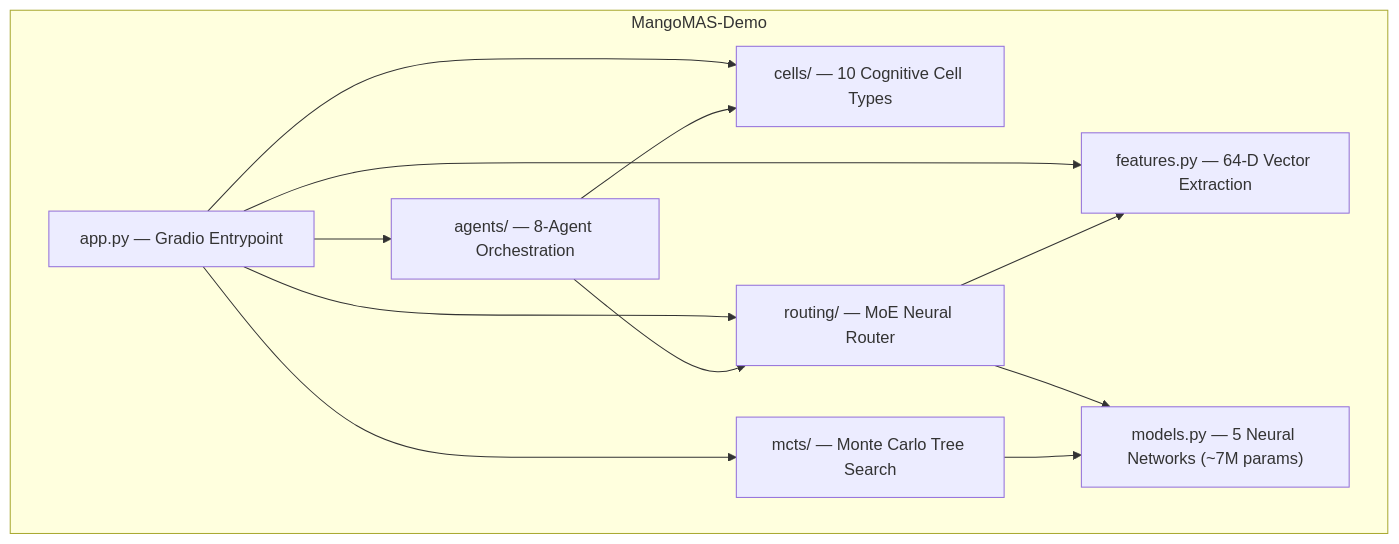
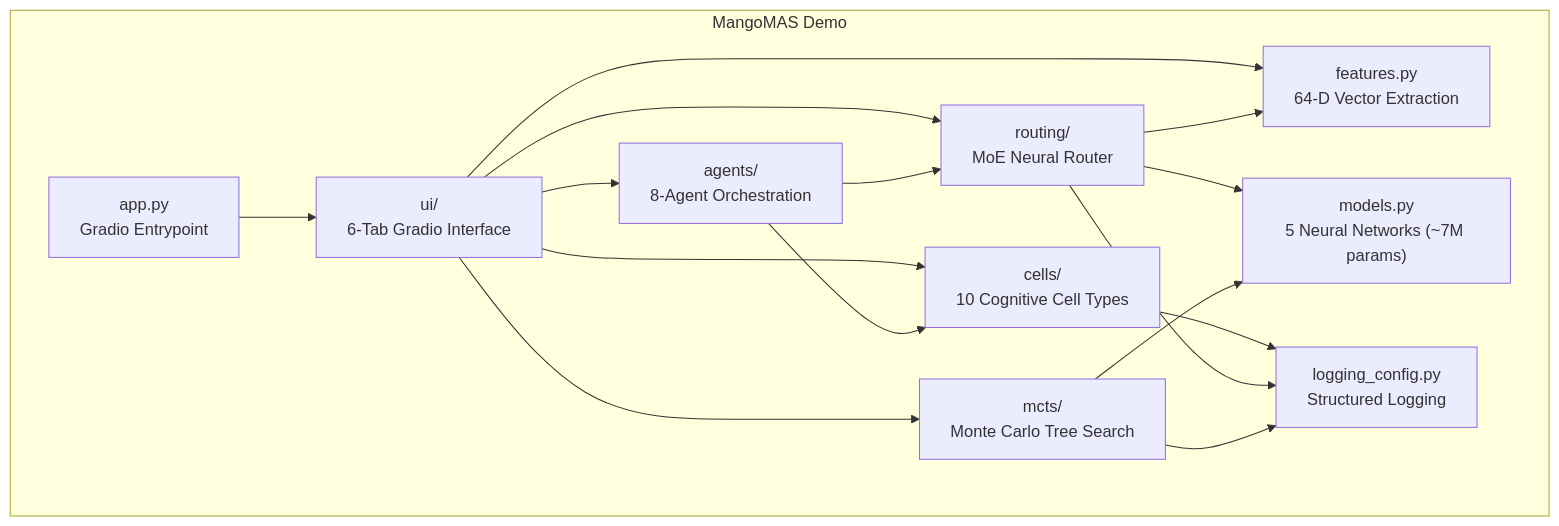
The diagram in README.md (Mango-Metrics-NLM/MangoMas-Demo), drawn with Mermaid before and after one commit. The commit also changed other lines of this file and 36 other files, not shown here.

````diff
--- a/README.md
+++ b/README.md
@@ -15,17 +45,23 @@
 ```mermaid
 graph TB
-    subgraph "MangoMAS-Demo"
-        APP["app.py — Gradio Entrypoint"]
-        FEAT["features.py — 64-D Vector Extraction"]
-        MOD["models.py — 5 Neural Networks (~7M params)"]
-        CELLS["cells/ — 10 Cognitive Cell Types"]
-        MCTS["mcts/ — Monte Carlo Tree Search"]
-        ROUTER["routing/ — MoE Neural Router"]
-        AGENTS["agents/ — 8-Agent Orchestration"]
+    subgraph "MangoMAS Demo"
+        APP["app.py<br/>Gradio Entrypoint"]
+        FEAT["features.py<br/>64-D Vector Extraction"]
+        MOD["models.py<br/>5 Neural Networks (~7M params)"]
+        CELLS["cells/<br/>10 Cognitive Cell Types"]
+        MCTS["mcts/<br/>Monte Carlo Tree Search"]
+        ROUTER["routing/<br/>MoE Neural Router"]
+        AGENTS["agents/<br/>8-Agent Orchestration"]
+        UI["ui/<br/>6-Tab Gradio Interface"]
+        LOG["logging_config.py<br/>Structured Logging"]
     end
 
-    APP --> FEAT & CELLS & MCTS & ROUTER & AGENTS
+    APP --> UI
+    UI --> FEAT & CELLS & MCTS & ROUTER & AGENTS
     ROUTER --> FEAT & MOD
     MCTS --> MOD
     AGENTS --> ROUTER & CELLS
+    CELLS --> LOG
+    ROUTER --> LOG
+    MCTS --> LOG
 ```
````
